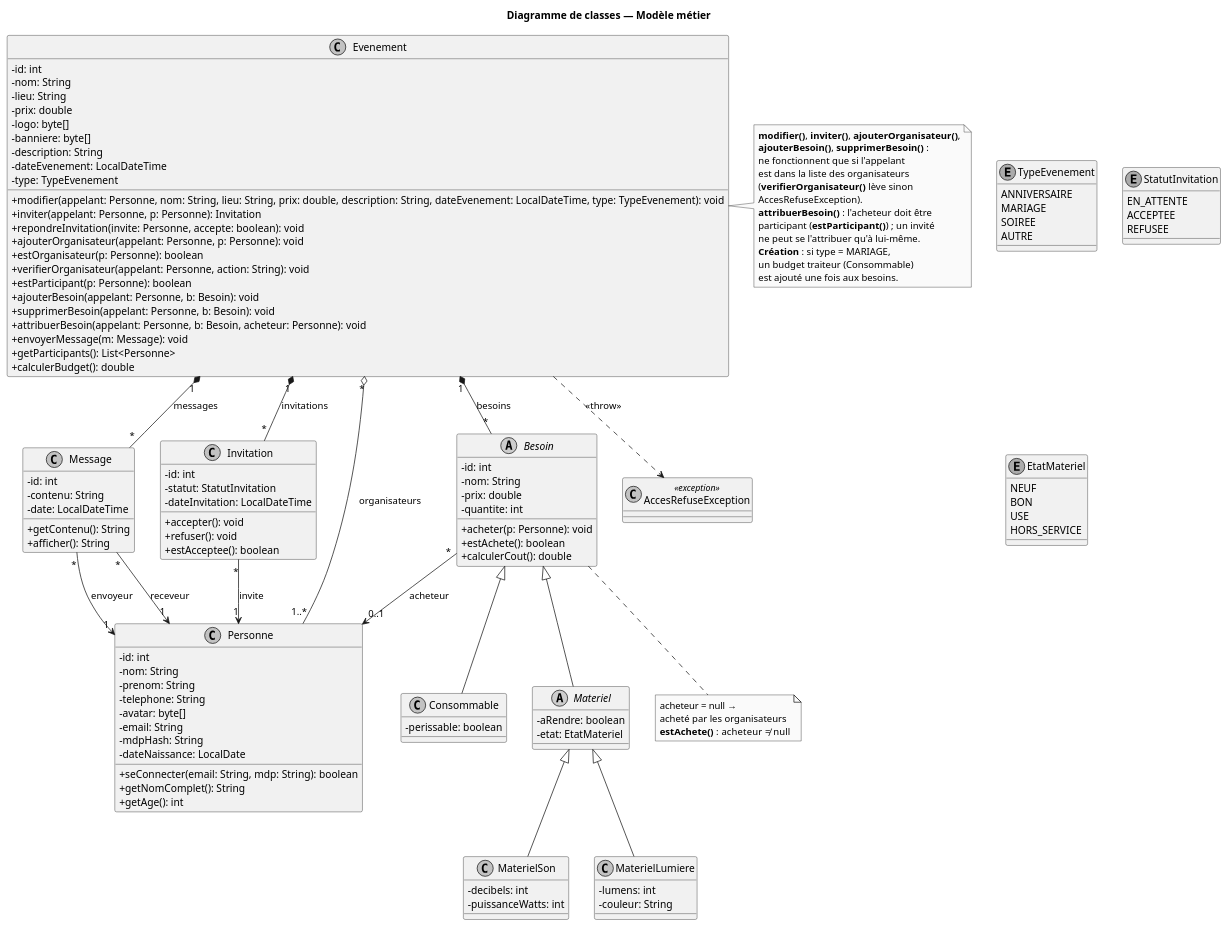
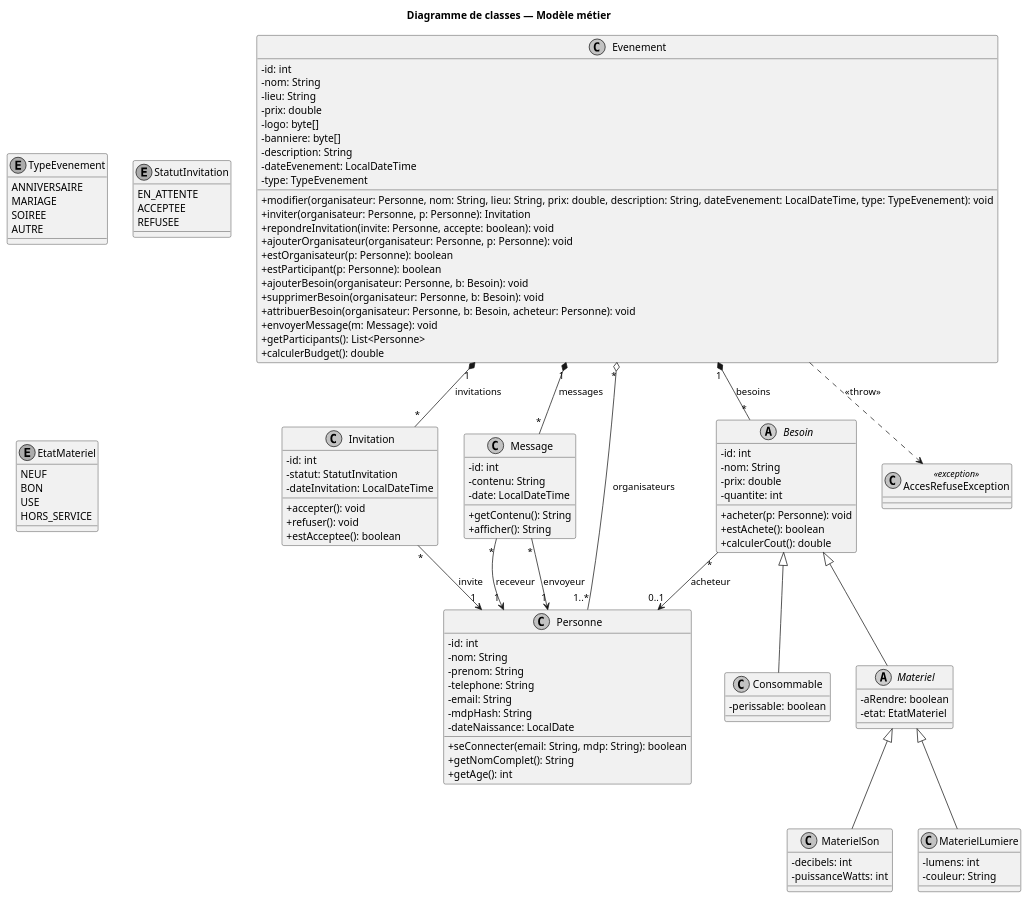
One commit to Tactiis239/gestion-event changed the diagram in doc/uml/classes.puml. Above: the diagram before and after it, drawn with PlantUML. The commit also changed 1 other file, not shown here.

Commit message:
fix(#7): correction du diagramme de classe

```diff
--- a/doc/uml/classes.puml
+++ b/doc/uml/classes.puml
@@ -1,152 +1,132 @@
 @startuml classes
 skinparam shadowing false
 skinparam monochrome true
 skinparam defaultFontName Helvetica
 skinparam classAttributeIconSize 0
 
 title Diagramme de classes — Modèle métier
 
 class Evenement {
   -id: int
   -nom: String
   -lieu: String
   -prix: double
   -logo: byte[]
   -banniere: byte[]
   -description: String
   -dateEvenement: LocalDateTime
   -type: TypeEvenement
-  +modifier(appelant: Personne, nom: String, lieu: String, prix: double, description: String, dateEvenement: LocalDateTime, type: TypeEvenement): void
-  +inviter(appelant: Personne, p: Personne): Invitation
+  +modifier(organisateur: Personne, nom: String, lieu: String, prix: double, description: String, dateEvenement: LocalDateTime, type: TypeEvenement): void
+  +inviter(organisateur: Personne, p: Personne): Invitation
   +repondreInvitation(invite: Personne, accepte: boolean): void
-  +ajouterOrganisateur(appelant: Personne, p: Personne): void
+  +ajouterOrganisateur(organisateur: Personne, p: Personne): void
   +estOrganisateur(p: Personne): boolean
-  +verifierOrganisateur(appelant: Personne, action: String): void
   +estParticipant(p: Personne): boolean
-  +ajouterBesoin(appelant: Personne, b: Besoin): void
-  +supprimerBesoin(appelant: Personne, b: Besoin): void
-  +attribuerBesoin(appelant: Personne, b: Besoin, acheteur: Personne): void
+  +ajouterBesoin(organisateur: Personne, b: Besoin): void
+  +supprimerBesoin(organisateur: Personne, b: Besoin): void
+  +attribuerBesoin(organisateur: Personne, b: Besoin, acheteur: Personne): void
   +envoyerMessage(m: Message): void
   +getParticipants(): List<Personne>
   +calculerBudget(): double
 }
 
 enum TypeEvenement {
   ANNIVERSAIRE
   MARIAGE
   SOIREE
   AUTRE
 }
 
 class Message {
   -id: int
   -contenu: String
   -date: LocalDateTime
   +getContenu(): String
   +afficher(): String
 }
 
 class Invitation {
   -id: int
   -statut: StatutInvitation
   -dateInvitation: LocalDateTime
   +accepter(): void
   +refuser(): void
   +estAcceptee(): boolean
 }
 
 enum StatutInvitation {
   EN_ATTENTE
   ACCEPTEE
   REFUSEE
 }
 
 enum EtatMateriel {
   NEUF
   BON
   USE
   HORS_SERVICE
 }
 
 abstract class Besoin {
   -id: int
   -nom: String
   -prix: double
   -quantite: int
   +acheter(p: Personne): void
   +estAchete(): boolean
   +calculerCout(): double
 }
 
 class Consommable {
   -perissable: boolean
 }
 
 abstract class Materiel {
   -aRendre: boolean
   -etat: EtatMateriel
 }
 
 class MaterielSon {
   -decibels: int
   -puissanceWatts: int
 }
 
 class MaterielLumiere {
   -lumens: int
   -couleur: String
 }
 
 class Personne {
   -id: int
   -nom: String
   -prenom: String
   -telephone: String
-  -avatar: byte[]
   -email: String
   -mdpHash: String
   -dateNaissance: LocalDate
   +seConnecter(email: String, mdp: String): boolean
   +getNomComplet(): String
   +getAge(): int
 }
 
 class AccesRefuseException <<exception>> {
 }
 
 Evenement "*" o-- "1..*" Personne : organisateurs
 Evenement "1" *-- "*" Invitation : invitations
 Evenement "1" *-- "*" Besoin : besoins
 Evenement "1" *-- "*" Message : messages
 
 Message "*" --> "1" Personne : envoyeur
 Message "*" --> "1" Personne : receveur
 Invitation "*" --> "1" Personne : invite
 Besoin "*" --> "0..1" Personne : acheteur
 
 Besoin <|-- Consommable
 Besoin <|-- Materiel
 Materiel <|-- MaterielSon
 Materiel <|-- MaterielLumiere
 
 Evenement ..> AccesRefuseException : <<throw>>
 
-note right of Evenement
-  **modifier()**, **inviter()**, **ajouterOrganisateur()**,
-  **ajouterBesoin()**, **supprimerBesoin()** :
-  ne fonctionnent que si l'appelant
-  est dans la liste des organisateurs
-  (**verifierOrganisateur()** lève sinon
-  AccesRefuseException).
-  **attribuerBesoin()** : l'acheteur doit être
-  participant (**estParticipant()**) ; un invité
-  ne peut se l'attribuer qu'à lui-même.
-  **Création** : si type = MARIAGE,
-  un budget traiteur (Consommable)
-  est ajouté une fois aux besoins.
-end note
-
-note "acheteur = null →\nacheté par les organisateurs\n**estAchete()** : acheteur ≠ null" as N2
-Besoin .. N2
-
 @enduml
```
